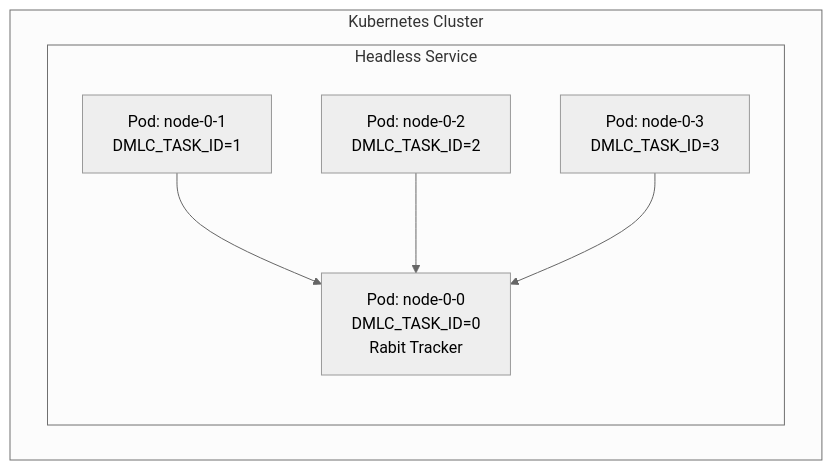
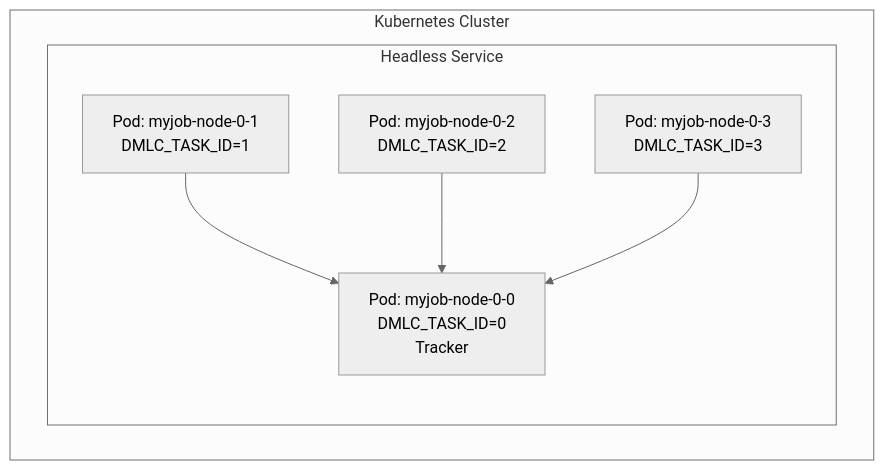
The second of 2 diagrams in docs/proposals/2598-XGboost-runtime-trainer-v2/README.md (kubeflow/trainer), drawn with Mermaid (neutral theme) before and after one commit. The commit also changed other lines of this file, not shown here.

````diff
--- a/docs/proposals/2598-XGboost-runtime-trainer-v2/README.md
+++ b/docs/proposals/2598-XGboost-runtime-trainer-v2/README.md
@@ -249,15 +316,15 @@
 ```mermaid
 flowchart TB
     subgraph Kubernetes Cluster
         subgraph Headless Service
-            R0[Pod: node-0-0<br/>DMLC_TASK_ID=0<br/>Rabit Tracker]
-            W1[Pod: node-0-1<br/>DMLC_TASK_ID=1]
-            W2[Pod: node-0-2<br/>DMLC_TASK_ID=2]
-            W3[Pod: node-0-3<br/>DMLC_TASK_ID=3]
+            R0["Pod: myjob-node-0-0<br/>DMLC_TASK_ID=0<br/>Tracker"]
+            W1["Pod: myjob-node-0-1<br/>DMLC_TASK_ID=1"]
+            W2["Pod: myjob-node-0-2<br/>DMLC_TASK_ID=2"]
+            W3["Pod: myjob-node-0-3<br/>DMLC_TASK_ID=3"]
         end
     end
-    
+
     W1 --> R0
     W2 --> R0
     W3 --> R0
 ```
````
